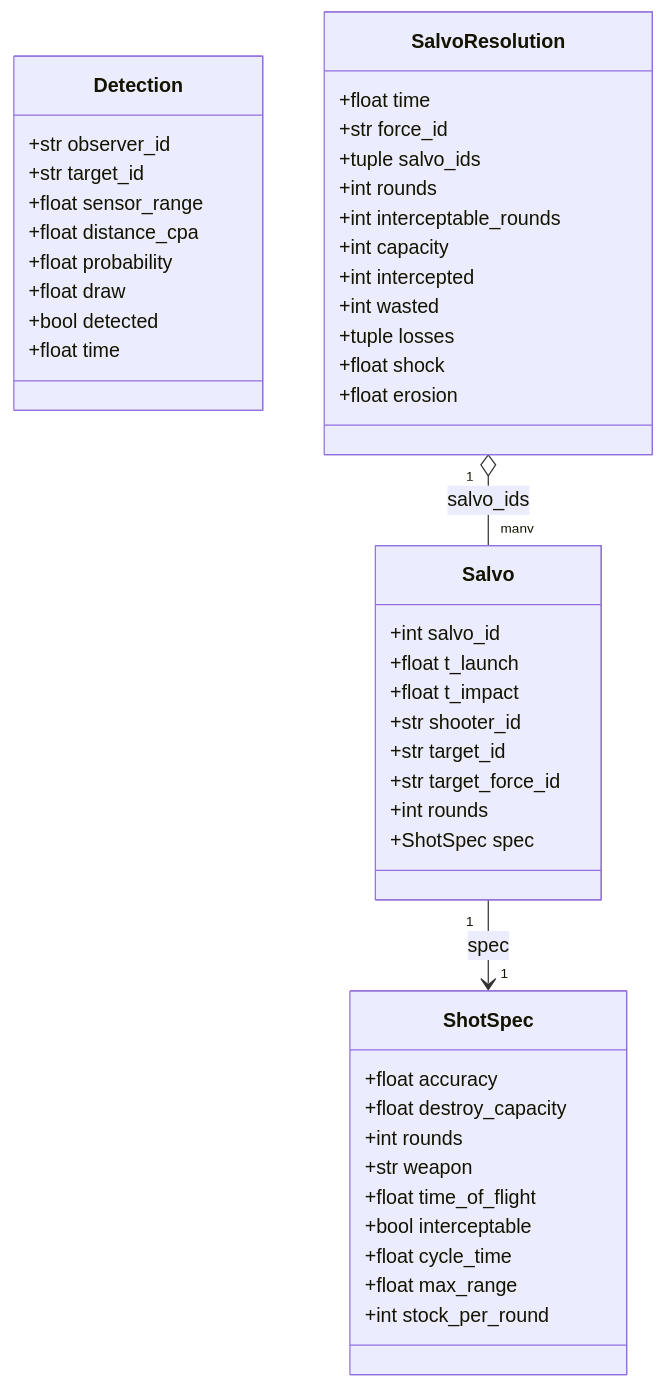
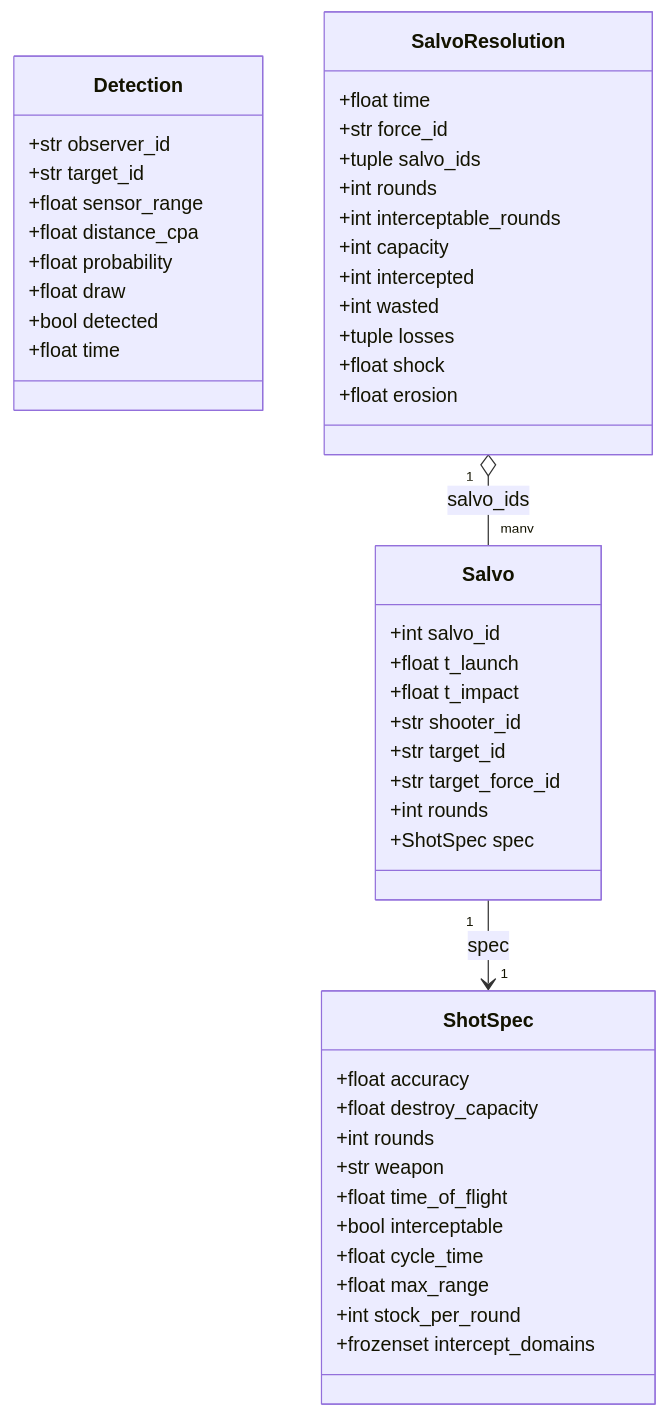
One commit to MakusIV/Warfare-Model changed the first of 24 diagrams in Analysis/Document/Manuale_Motore_DES/05_Strato2_Risolutore_Ingaggio.md. Above: the diagram before and after it, drawn with Mermaid. The commit also changed other lines of this file and 6 other files, not shown here.

````diff
--- a/Analysis/Document/Manuale_Motore_DES/05_Strato2_Risolutore_Ingaggio.md
+++ b/Analysis/Document/Manuale_Motore_DES/05_Strato2_Risolutore_Ingaggio.md
@@ -552,53 +576,54 @@
 ```mermaid
 classDiagram
     class ShotSpec {
         +float accuracy
         +float destroy_capacity
         +int rounds
         +str weapon
         +float time_of_flight
         +bool interceptable
         +float cycle_time
         +float max_range
         +int stock_per_round
+        +frozenset intercept_domains
     }
 
     class Detection {
         +str observer_id
         +str target_id
         +float sensor_range
         +float distance_cpa
         +float probability
         +float draw
         +bool detected
         +float time
     }
 
     class Salvo {
         +int salvo_id
         +float t_launch
         +float t_impact
         +str shooter_id
         +str target_id
         +str target_force_id
         +int rounds
         +ShotSpec spec
     }
 
     class SalvoResolution {
         +float time
         +str force_id
         +tuple salvo_ids
         +int rounds
         +int interceptable_rounds
         +int capacity
         +int intercepted
         +int wasted
         +tuple losses
         +float shock
         +float erosion
     }
 
     Salvo "1" --> "1" ShotSpec : spec
     SalvoResolution "1" o-- "many" Salvo : salvo_ids
 ```
````
